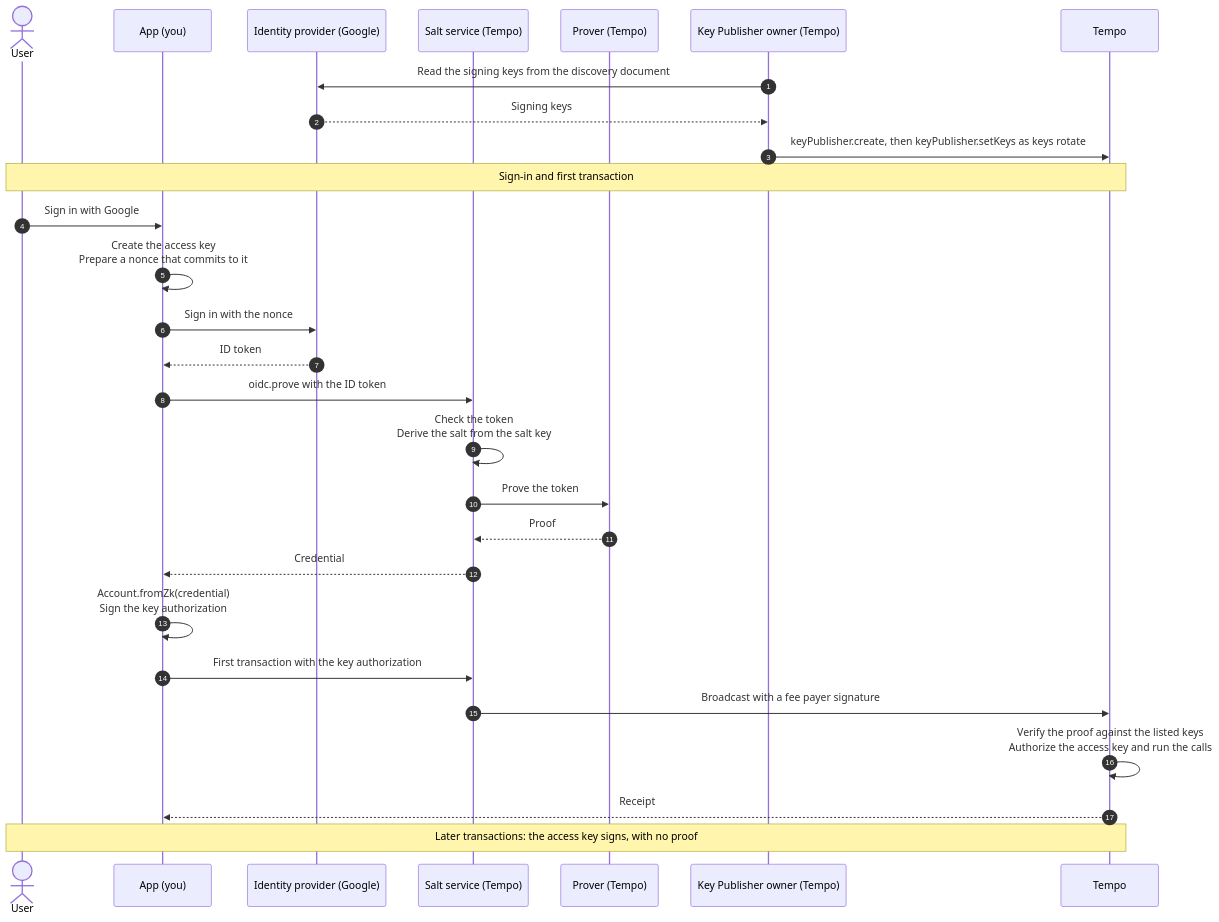
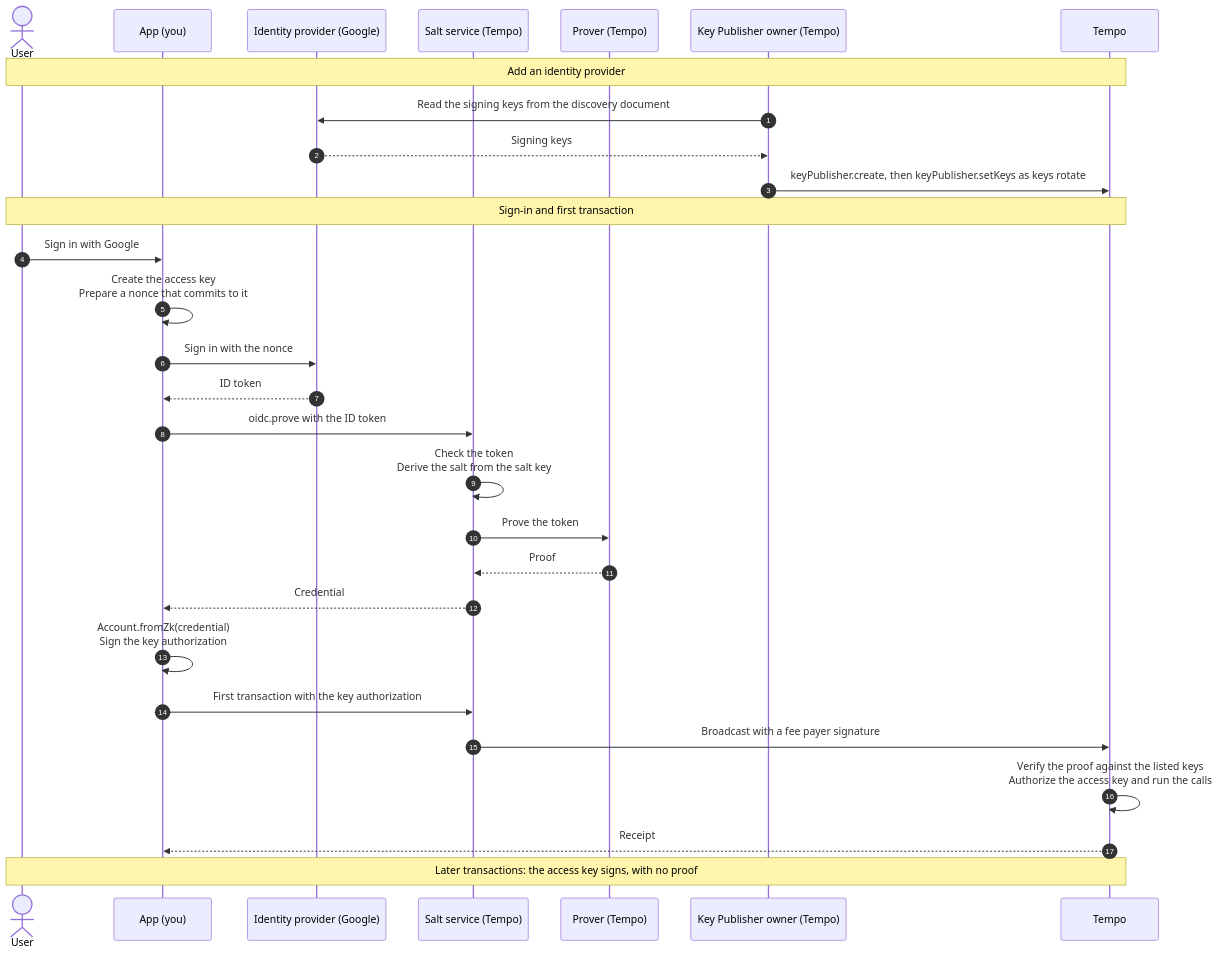
Before and after one commit to wevm/viem: the diagram in site/pages/tempo/guides/oidc/index.mdx, drawn with Mermaid.

Commit message:
docs(tempo): label the provider setup in the OIDC sequence
Claude-Session: https://claude.ai/code/session_01LTUJnFqYJRBeUN7AGiFmaF

````diff
--- a/site/pages/tempo/guides/oidc/index.mdx
+++ b/site/pages/tempo/guides/oidc/index.mdx
@@ -27,33 +27,34 @@
 ```mermaid
 sequenceDiagram
     autonumber
     actor U as User
     participant A as App (you)
     participant I as Identity provider (Google)
     participant S as Salt service (Tempo)
     participant P as Prover (Tempo)
     participant K as Key Publisher owner (Tempo)
     participant T as Tempo
 
+    Note over U,T: Add an identity provider
     K->>I: Read the signing keys from the discovery document
     I-->>K: Signing keys
     K->>T: keyPublisher.create, then keyPublisher.setKeys as keys rotate
 
     Note over U,T: Sign-in and first transaction
     U->>A: Sign in with Google
     A->>A: Create the access key<br/>Prepare a nonce that commits to it
     A->>I: Sign in with the nonce
     I-->>A: ID token
     A->>S: oidc.prove with the ID token
     S->>S: Check the token<br/>Derive the salt from the salt key
     S->>P: Prove the token
     P-->>S: Proof
     S-->>A: Credential
     A->>A: Account.fromZk(credential)<br/>Sign the key authorization
     A->>S: First transaction with the key authorization
     S->>T: Broadcast with a fee payer signature
     T->>T: Verify the proof against the listed keys<br/>Authorize the access key and run the calls
     T-->>A: Receipt
 
     Note over U,T: Later transactions: the access key signs, with no proof
 ```
````
